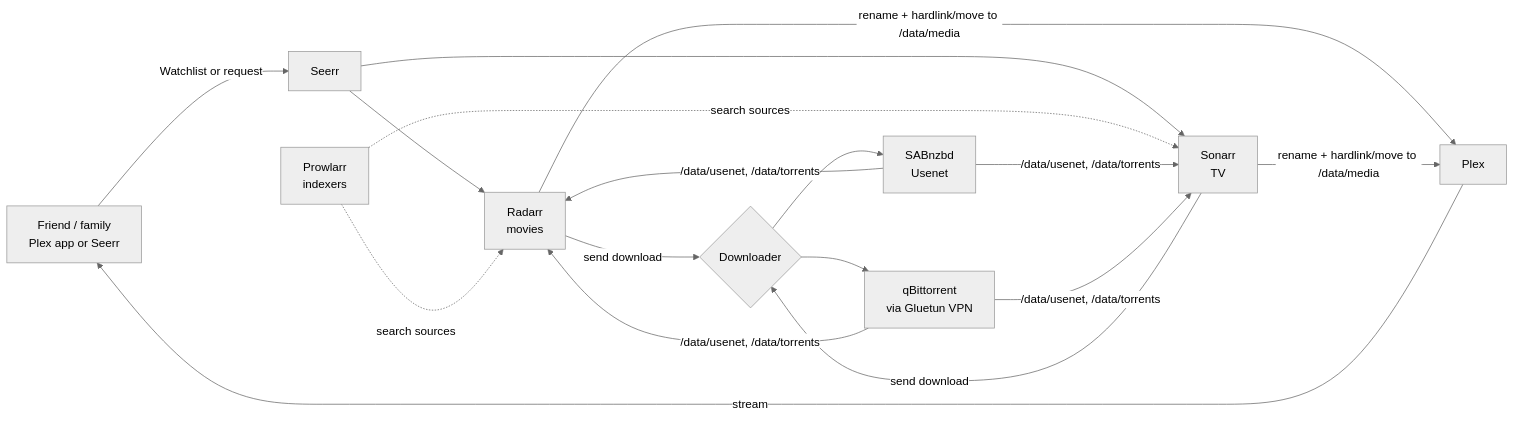
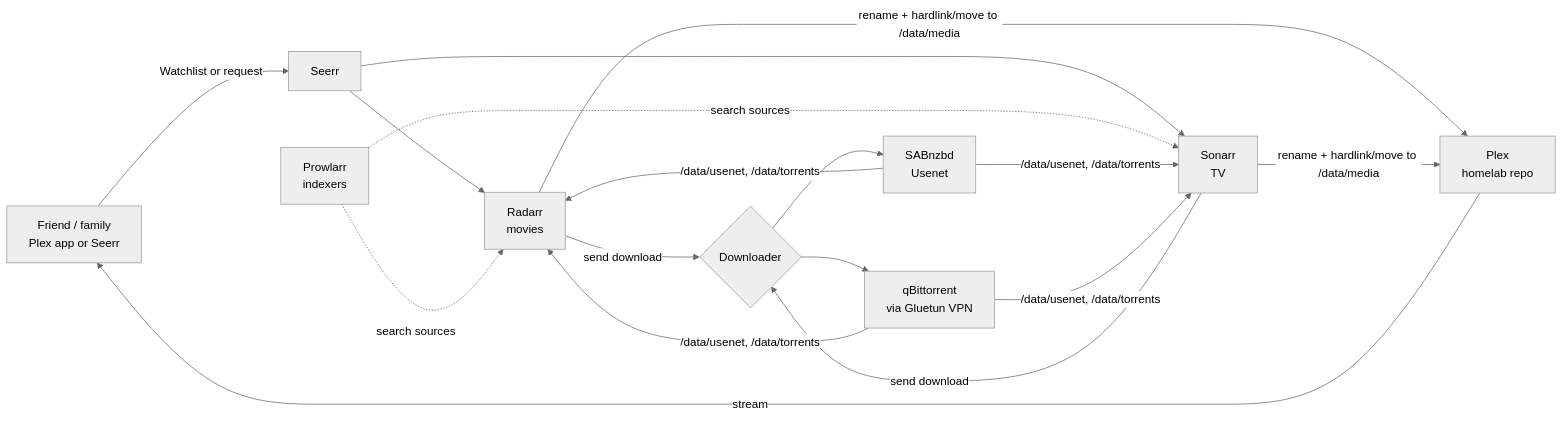
Before and after one commit to chris-suryo/plex-server: the diagram in README.md, drawn with Mermaid (neutral theme). The commit also changed other lines of this file and 11 other files, not shown here.

First line of the commit message:
Scope repo to media automation on top of the homelab repo

````diff
--- a/README.md
+++ b/README.md
@@ -9,13 +9,13 @@
 ```mermaid
 flowchart LR
     U[Friend / family<br/>Plex app or Seerr] -->|Watchlist or request| S[Seerr]
     S --> R[Radarr<br/>movies]
     S --> SO[Sonarr<br/>TV]
     P[Prowlarr<br/>indexers] -.->|search sources| R & SO
     R & SO -->|send download| D{Downloader}
     D --> SAB[SABnzbd<br/>Usenet]
     D --> QB[qBittorrent<br/>via Gluetun VPN]
     SAB & QB -->|/data/usenet, /data/torrents| R & SO
-    R & SO -->|rename + hardlink/move to /data/media| PL[Plex]
+    R & SO -->|rename + hardlink/move to /data/media| PL[Plex<br/>homelab repo]
     PL -->|stream| U
 ```
````
